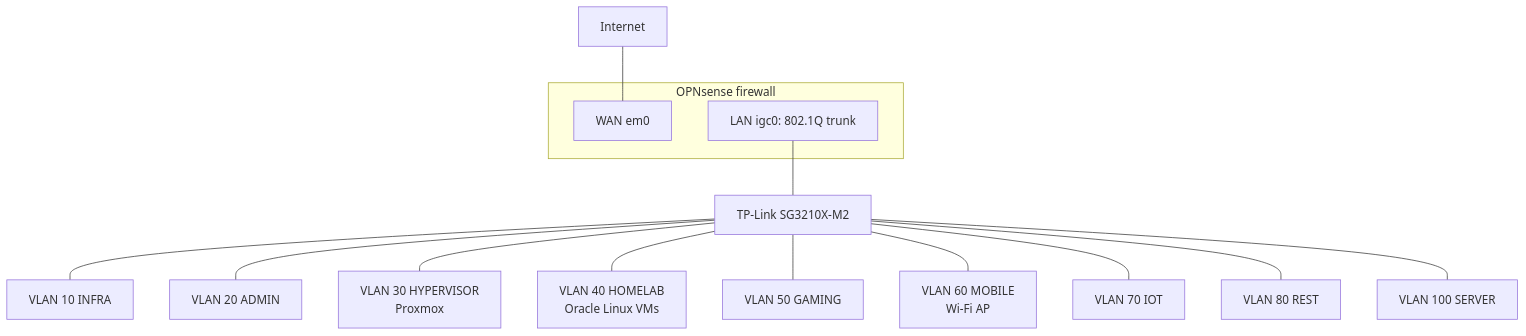
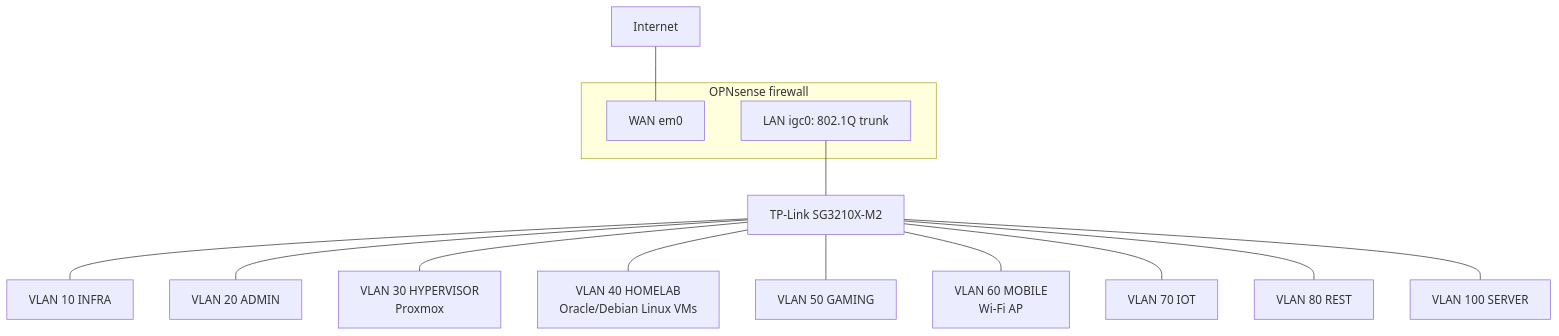
One commit to johanVcode/homelab-network changed the diagram in README.md. Above: the diagram before and after it, drawn with Mermaid.

Commit message:
polishing

````diff
--- a/README.md
+++ b/README.md
@@ -13,18 +13,18 @@
 ```mermaid
 flowchart TD
     ISP[Internet] --- WAN
     subgraph FW[OPNsense firewall]
         WAN[WAN em0]
         TRUNK[LAN igc0: 802.1Q trunk]
     end
     TRUNK --- SW[TP-Link SG3210X-M2]
     SW --- V10[VLAN 10 INFRA]
     SW --- V20[VLAN 20 ADMIN]
     SW --- V30[VLAN 30 HYPERVISOR<br/>Proxmox]
-    SW --- V40[VLAN 40 HOMELAB<br/>Oracle Linux VMs]
+    SW --- V40[VLAN 40 HOMELAB<br/>Oracle/Debian Linux VMs]
     SW --- V50[VLAN 50 GAMING]
     SW --- V60[VLAN 60 MOBILE<br/>Wi-Fi AP]
     SW --- V70[VLAN 70 IOT]
     SW --- V80[VLAN 80 REST]
     SW --- V100[VLAN 100 SERVER]
 ```
````
